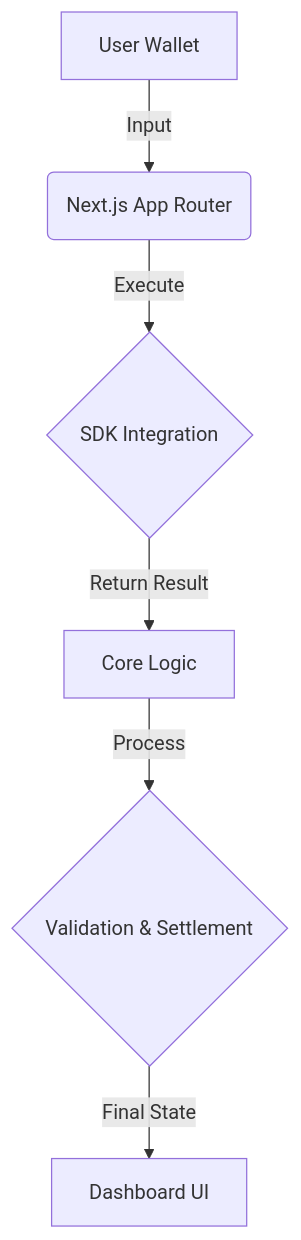
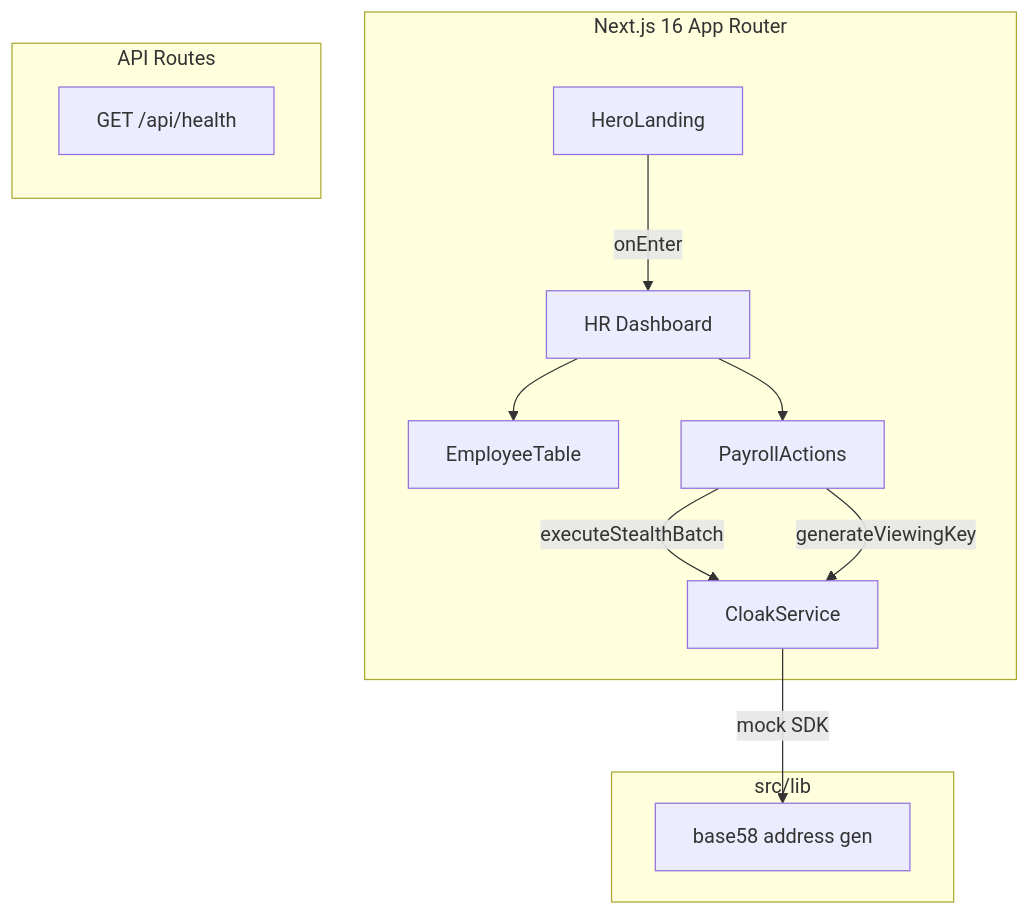
One commit to edycutjong/ghopay changed the diagram in README.md. Above: the diagram before and after it, drawn with Mermaid. The commit also changed other lines of this file and 25 other files, not shown here.

````diff
--- a/README.md
+++ b/README.md
@@ -35,8 +62,18 @@
 ```mermaid
-graph TD
-    A[User Wallet] -->|Input| B(Next.js App Router)
-    B -->|Execute| C{SDK Integration}
-    C -->|Return Result| D[Core Logic]
-    D -->|Process| E{Validation & Settlement}
-    E -->|Final State| F[Dashboard UI]
+graph TB
+    subgraph Frontend["Next.js 16 App Router"]
+        A[HeroLanding] -->|onEnter| B[HR Dashboard]
+        B --> C[EmployeeTable]
+        B --> D[PayrollActions]
+        D -->|executeStealthBatch| E[CloakService]
+        D -->|generateViewingKey| E
+    end
+
+    subgraph Lib["src/lib"]
+        E -->|mock SDK| F[base58 address gen]
+    end
+
+    subgraph API["API Routes"]
+        G[GET /api/health]
+    end
 ```
````
